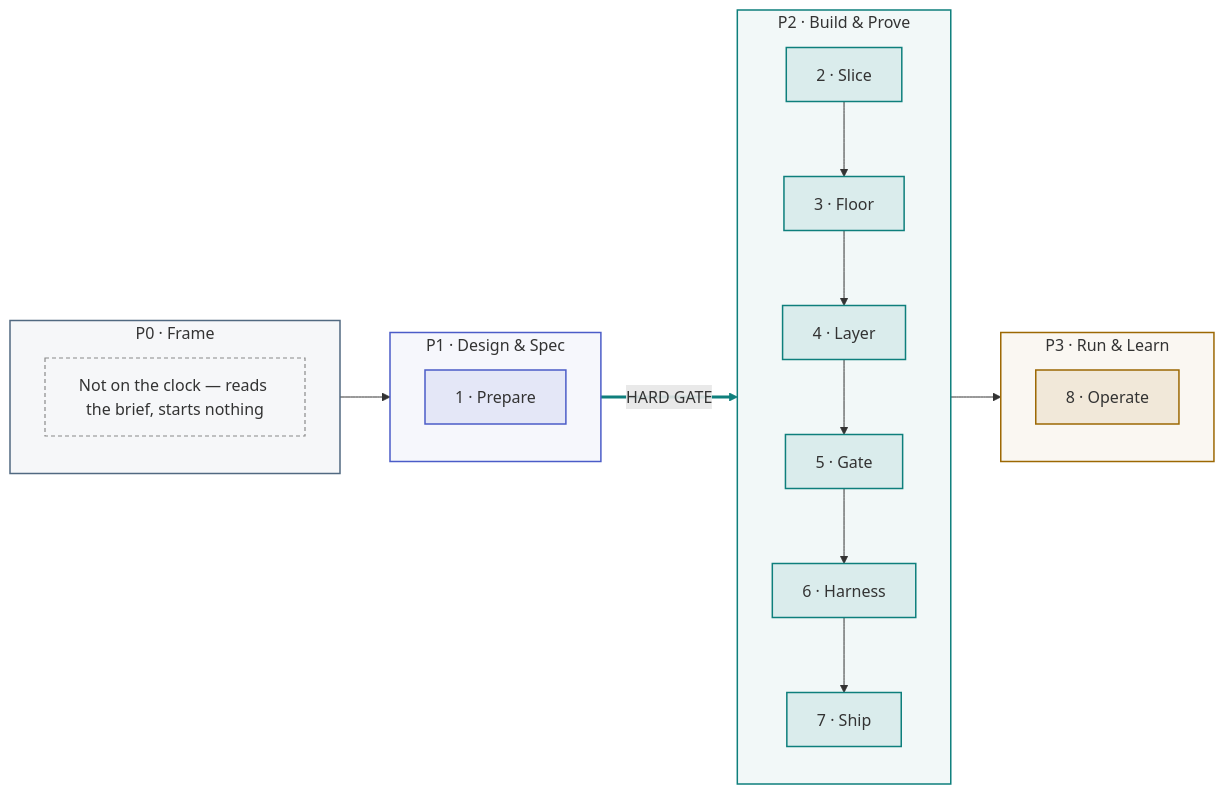
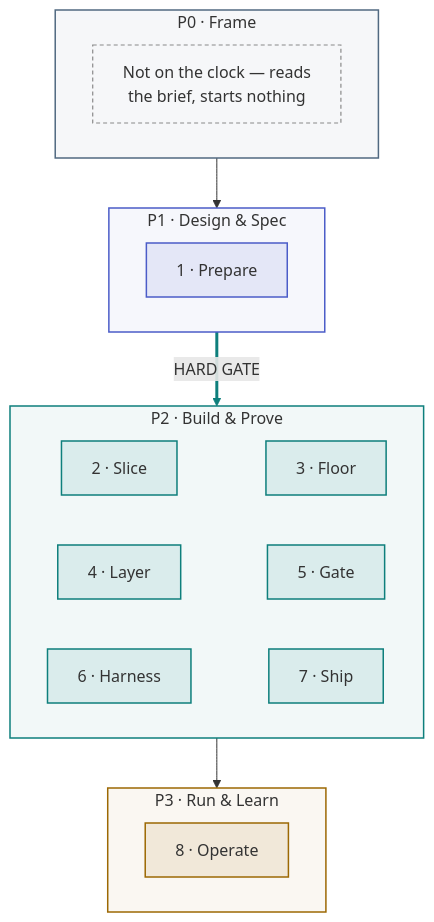
One commit to akash-coded/aws-bedrock-agentcore-strands changed the diagram in wiki/Journey-Engineering-Lead.md. Above: the diagram before and after it, drawn with Mermaid. The commit also changed other lines of this file and 30 other files, not shown here.

````diff
--- a/wiki/Journey-Engineering-Lead.md
+++ b/wiki/Journey-Engineering-Lead.md
@@ -23,46 +25,38 @@
 ```mermaid
-flowchart LR
+flowchart TB
   subgraph P0["P0 · Frame"]
-    direction TB
-    P0X["Not on the clock — reads the brief, starts nothing"]
+    direction LR
+    P0X["Not on the clock — reads<br/>the brief, starts nothing"]
   end
   subgraph P1["P1 · Design & Spec"]
-    direction TB
+    direction LR
     S1["1 · Prepare"]
   end
   subgraph P2["P2 · Build & Prove"]
-    direction TB
-    S2["2 · Slice"]
-    S3["3 · Floor"]
-    S4["4 · Layer"]
-    S5["5 · Gate"]
-    S6["6 · Harness"]
-    S7["7 · Ship"]
-    S2 --> S3
-    S3 --> S4
-    S4 --> S5
-    S5 --> S6
-    S6 --> S7
+    direction LR
+    S2["2 · Slice"] ~~~ S3["3 · Floor"]
+    S4["4 · Layer"] ~~~ S5["5 · Gate"]
+    S6["6 · Harness"] ~~~ S7["7 · Ship"]
   end
   subgraph P3["P3 · Run & Learn"]
-    direction TB
+    direction LR
     S8["8 · Operate"]
   end
   P0 --> P1
   P1 -->|"HARD GATE"| P2
   P2 --> P3
   classDef p0 fill:#5169811A,stroke:#516981,stroke-width:1.5px
   style P0 fill:#5169810D,stroke:#516981,stroke-width:1.5px
   classDef p1 fill:#4B5CC81A,stroke:#4B5CC8,stroke-width:1.5px
   class S1 p1
   style P1 fill:#4B5CC80D,stroke:#4B5CC8,stroke-width:1.5px
   classDef p2 fill:#0E7F7C1A,stroke:#0E7F7C,stroke-width:1.5px
   class S2,S3,S4,S5,S6,S7 p2
   style P2 fill:#0E7F7C0D,stroke:#0E7F7C,stroke-width:1.5px
   classDef p3 fill:#9C68031A,stroke:#9C6803,stroke-width:1.5px
   class S8 p3
   style P3 fill:#9C68030D,stroke:#9C6803,stroke-width:1.5px
   classDef absent fill:none,stroke:#8A8A8A,stroke-width:1.2px,stroke-dasharray:4 3
   class P0X absent
-  linkStyle 6 stroke:#0E7F7C,stroke-width:3px
+  linkStyle 4 stroke:#0E7F7C,stroke-width:3px
 ```
````
